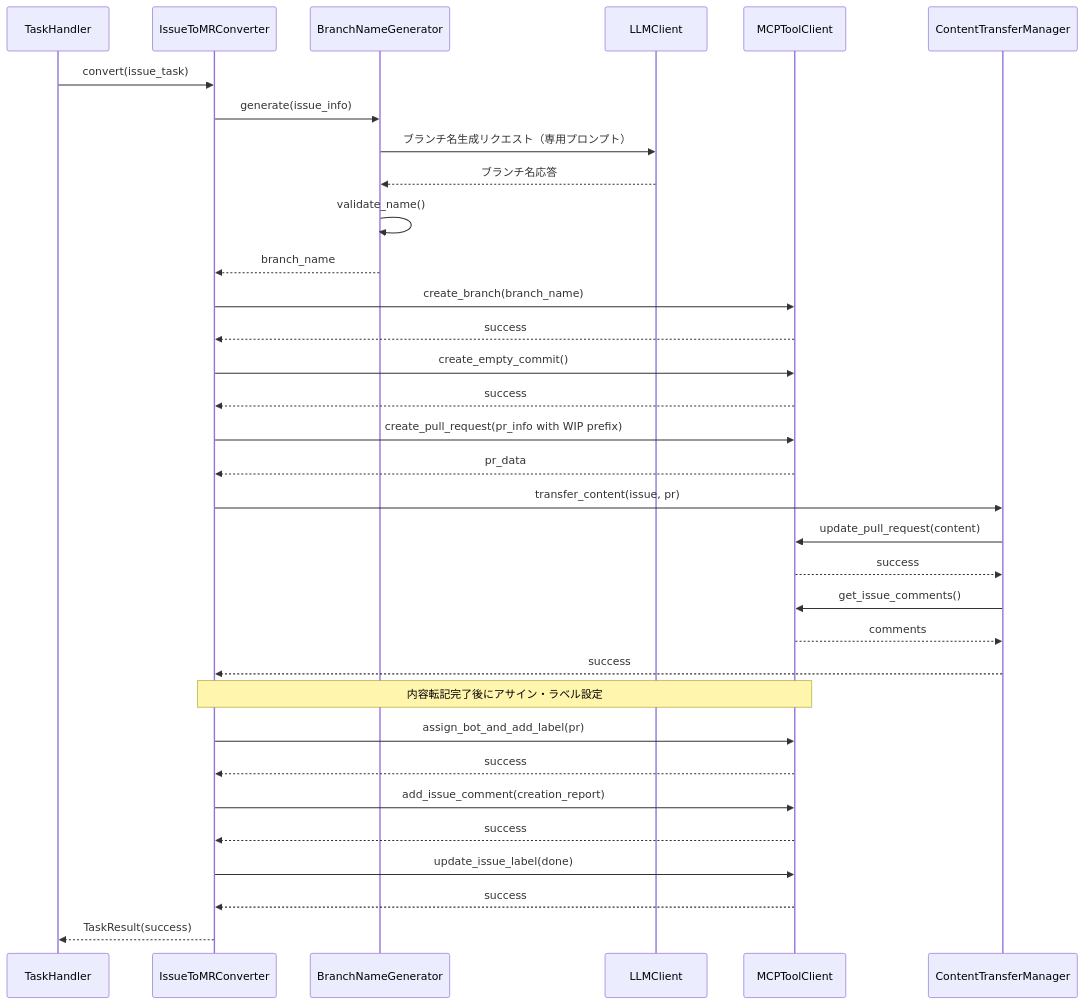
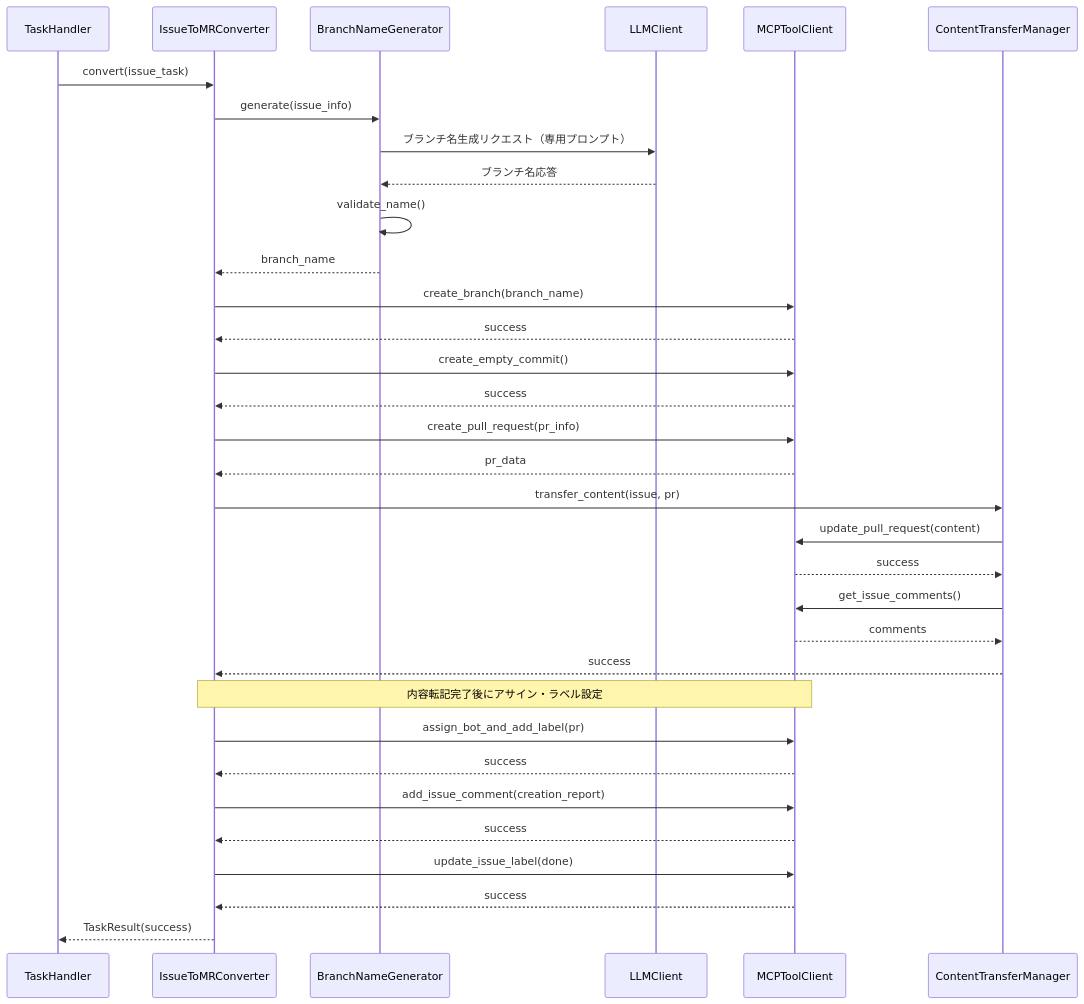
The third of 3 diagrams in docs/spec/ISSUE_TO_MR_CONVERSION_SPECIFICATION.md (notfolder/coding_agent), drawn with Mermaid before and after one commit. The commit also changed other lines of this file and 11 other files, not shown here.

````diff
--- a/docs/spec/ISSUE_TO_MR_CONVERSION_SPECIFICATION.md
+++ b/docs/spec/ISSUE_TO_MR_CONVERSION_SPECIFICATION.md
@@ -458,44 +458,44 @@
 ```mermaid
 sequenceDiagram
     participant TH as TaskHandler
     participant IC as IssueToMRConverter
     participant BNG as BranchNameGenerator
     participant LLM as LLMClient
     participant MCP as MCPToolClient
     participant CTM as ContentTransferManager
 
     TH->>IC: convert(issue_task)
     IC->>BNG: generate(issue_info)
     BNG->>LLM: ブランチ名生成リクエスト（専用プロンプト）
     LLM-->>BNG: ブランチ名応答
     BNG->>BNG: validate_name()
     BNG-->>IC: branch_name
     
     IC->>MCP: create_branch(branch_name)
     MCP-->>IC: success
     
     IC->>MCP: create_empty_commit()
     MCP-->>IC: success
     
-    IC->>MCP: create_pull_request(pr_info with WIP prefix)
+    IC->>MCP: create_pull_request(pr_info)
     MCP-->>IC: pr_data
     
     IC->>CTM: transfer_content(issue, pr)
     CTM->>MCP: update_pull_request(content)
     MCP-->>CTM: success
     CTM->>MCP: get_issue_comments()
     MCP-->>CTM: comments
     CTM-->>IC: success
     
     Note over IC,MCP: 内容転記完了後にアサイン・ラベル設定
     IC->>MCP: assign_bot_and_add_label(pr)
     MCP-->>IC: success
     
     IC->>MCP: add_issue_comment(creation_report)
     MCP-->>IC: success
     
     IC->>MCP: update_issue_label(done)
     MCP-->>IC: success
     
     IC-->>TH: TaskResult(success)
 ```
````
